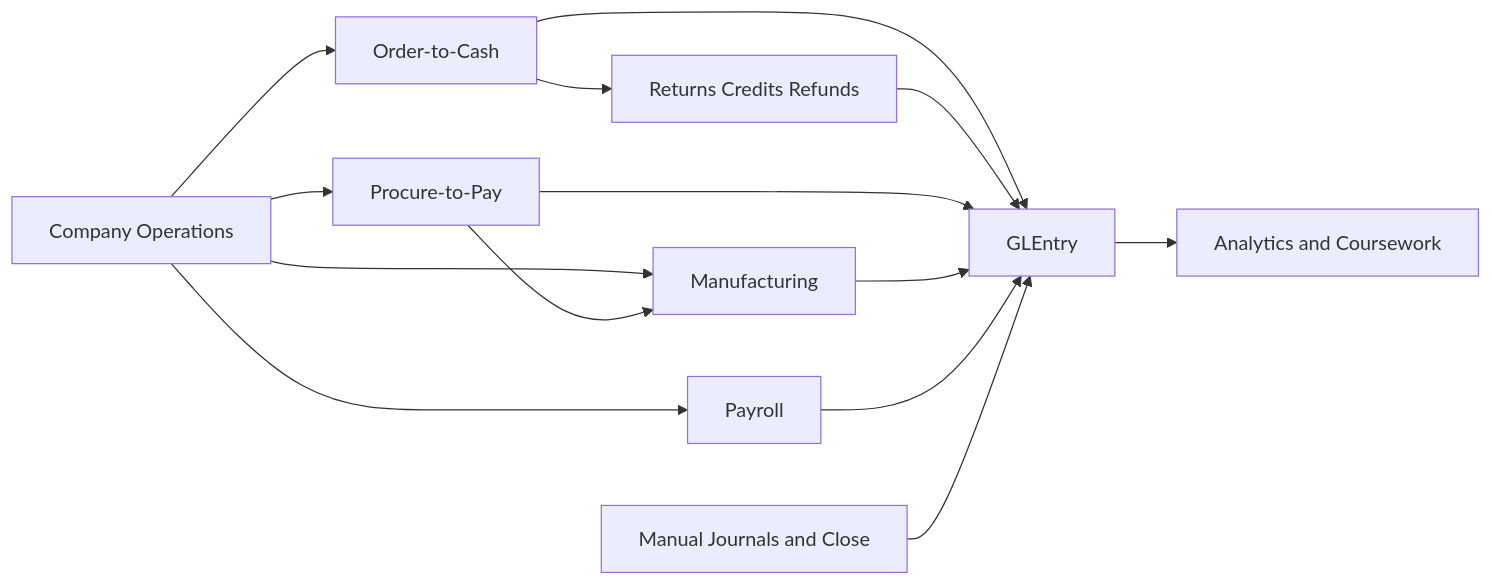
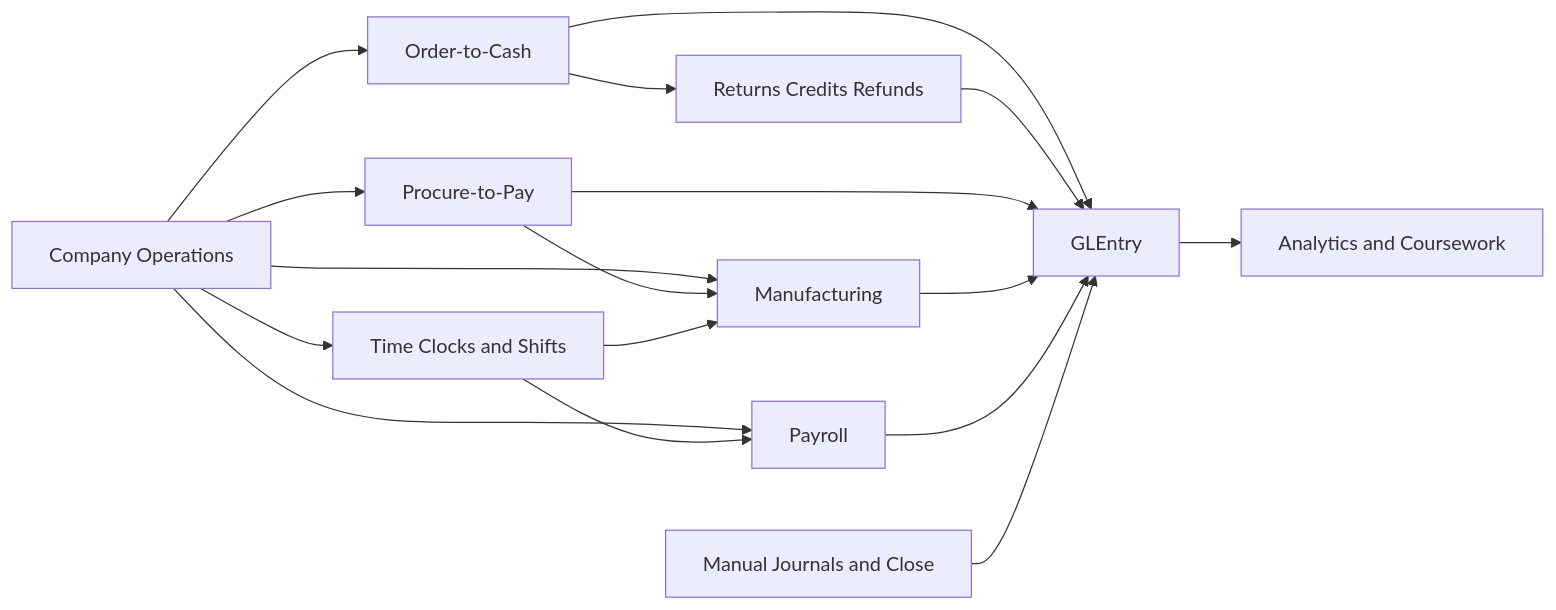
The first of 2 diagrams in docs/process-flows.md (mmcodesso/greenfield_database), drawn with Mermaid before and after one commit. The commit also changed other lines of this file and 37 other files, not shown here.

````diff
--- a/docs/process-flows.md
+++ b/docs/process-flows.md
@@ -26,26 +27,30 @@
 ```mermaid
 flowchart LR
     STORY[Company Operations]
     O2C[Order-to-Cash]
     RET[Returns Credits Refunds]
     P2P[Procure-to-Pay]
     MFG[Manufacturing]
     PAY[Payroll]
+    TC[Time Clocks and Shifts]
     JE[Manual Journals and Close]
     GL[GLEntry]
     AN[Analytics and Coursework]
 
     STORY --> O2C
     STORY --> P2P
     STORY --> MFG
     STORY --> PAY
+    STORY --> TC
     O2C --> RET
     P2P --> MFG
+    TC --> PAY
+    TC --> MFG
     O2C --> GL
     RET --> GL
     P2P --> GL
     MFG --> GL
     PAY --> GL
     JE --> GL
     GL --> AN
 ```
````
